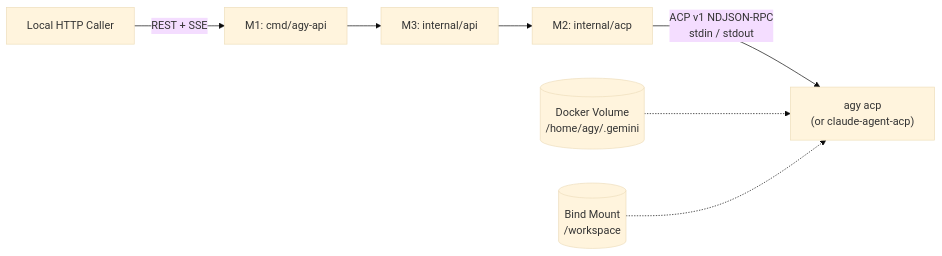
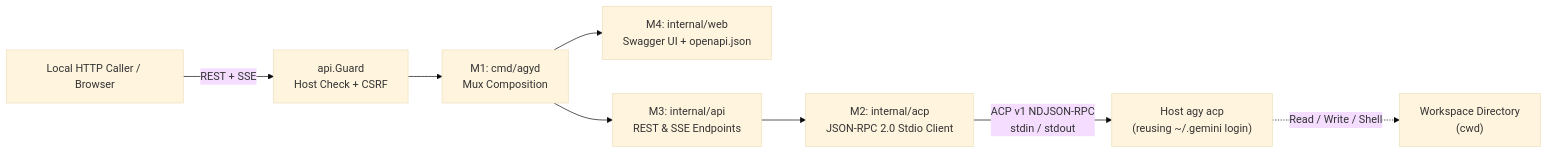
Before and after one commit to kesokaj/agyd: the first of 2 diagrams in SDD.md, drawn with Mermaid (base theme). The commit also changed other lines of this file and 27 other files, not shown here.

Commit message:
feat: ship agyd host binary with vendored Swagger docs; drop Docker

````diff
--- a/SDD.md
+++ b/SDD.md
@@ -10,9 +10,10 @@
 ```mermaid
 flowchart LR
-  Caller["Local HTTP Caller"] -->|"REST + SSE"| M1["M1: cmd/agy-api"]
-  M1 --> M3["M3: internal/api"]
-  M3 --> M2["M2: internal/acp"]
-  M2 -->|"ACP v1 NDJSON-RPC\nstdin / stdout"| Agy["agy acp\n(or claude-agent-acp)"]
-  GeminiVol[("Docker Volume\n/home/agy/.gemini")] -.-> Agy
-  Workspace[("Bind Mount\n/workspace")] -.-> Agy
+  Caller["Local HTTP Caller / Browser"] -->|"REST + SSE"| Guard["api.Guard\nHost Check + CSRF"]
+  Guard --> M1["M1: cmd/agyd\nMux Composition"]
+  M1 --> M4["M4: internal/web\nSwagger UI + openapi.json"]
+  M1 --> M3["M3: internal/api\nREST & SSE Endpoints"]
+  M3 --> M2["M2: internal/acp\nJSON-RPC 2.0 Stdio Client"]
+  M2 -->|"ACP v1 NDJSON-RPC\nstdin / stdout"| Agy["Host agy acp\n(reusing ~/.gemini login)"]
+  Agy -.->|"Read / Write / Shell"| Workspace["Workspace Directory\n(cwd)"]
 ```
````
